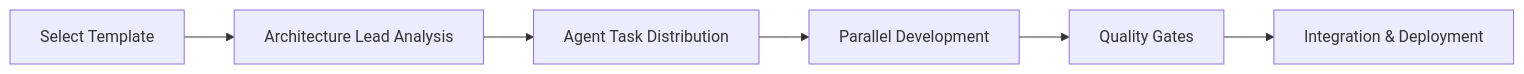
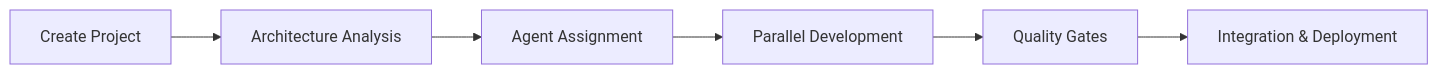
The diagram in README.md (cmndcntrlcyber/dev-team), drawn with Mermaid before and after one commit. The commit also changed other lines of this file and 55 other files, not shown here.

````diff
--- a/README.md
+++ b/README.md
@@ -160,8 +198,8 @@
 ```mermaid
 graph LR
-    A[Select Template] --> B[Architecture Lead Analysis]
-    B --> C[Agent Task Distribution]
+    A[Create Project] --> B[Architecture Analysis]
+    B --> C[Agent Assignment]
     C --> D[Parallel Development]
     D --> E[Quality Gates]
     E --> F[Integration & Deployment]
 ```
````
